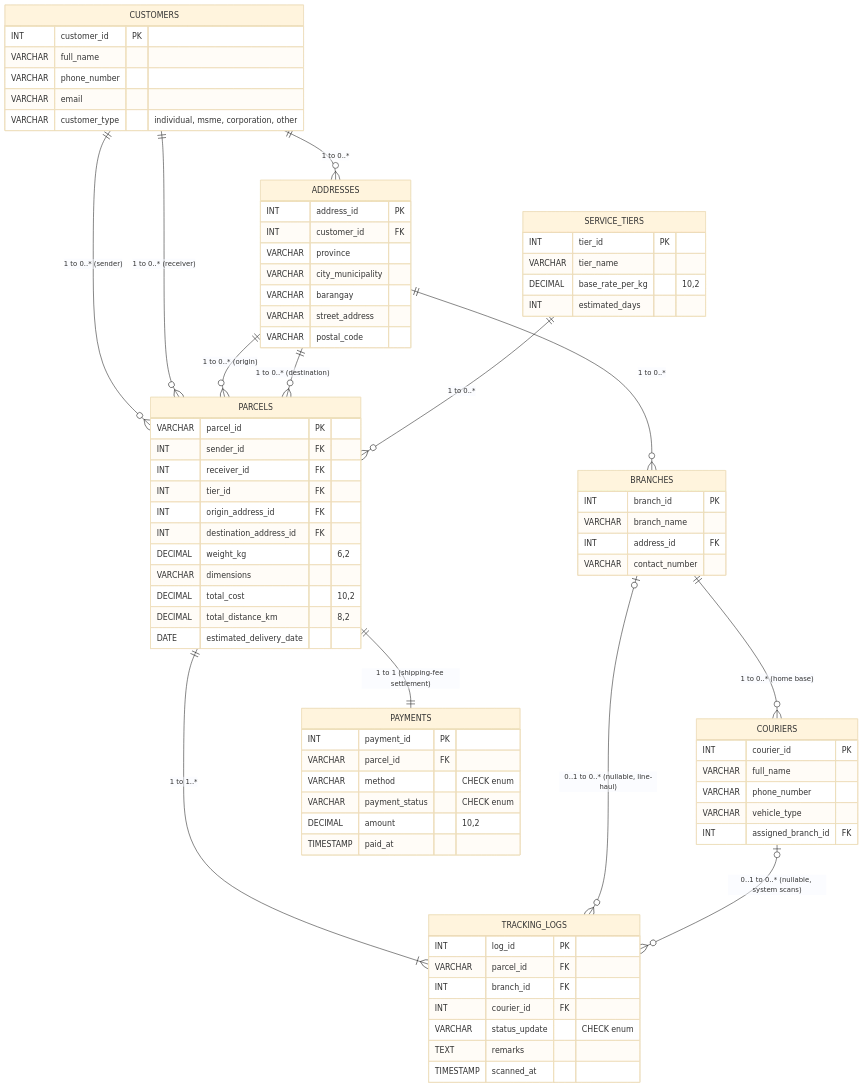
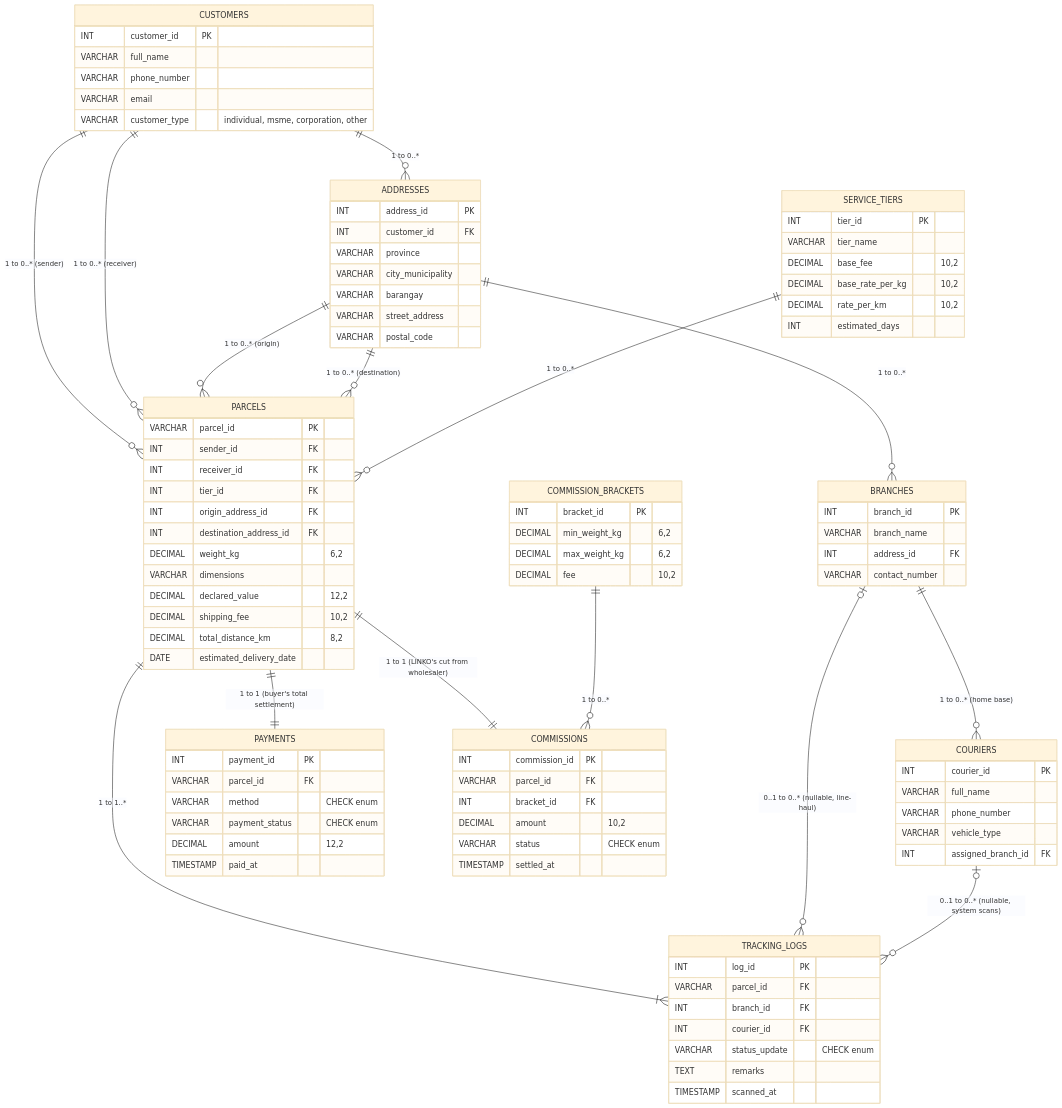
Before and after one commit to nateponds/LINKO: the diagram in docs/LINKO_ERD.md, drawn with Mermaid (base theme). The commit also changed other lines of this file, not shown here.

Commit message:
docs: update ERD

```diff
--- a/docs/LINKO_ERD.md
+++ b/docs/LINKO_ERD.md
@@ -6,7 +6,9 @@
     SERVICE_TIERS {
         INT tier_id PK
         VARCHAR tier_name
+        DECIMAL base_fee "10,2"
         DECIMAL base_rate_per_kg "10,2"
+        DECIMAL rate_per_km "10,2"
         INT estimated_days
     }
 
@@ -52,7 +54,8 @@
         INT destination_address_id FK
         DECIMAL weight_kg "6,2"
         VARCHAR dimensions
-        DECIMAL total_cost "10,2"
+        DECIMAL declared_value "12,2"
+        DECIMAL shipping_fee "10,2"
         DECIMAL total_distance_km "8,2"
         DATE estimated_delivery_date
     }
@@ -62,8 +65,24 @@
         VARCHAR parcel_id FK
         VARCHAR method "CHECK enum"
         VARCHAR payment_status "CHECK enum"
+        DECIMAL amount "12,2"
+        TIMESTAMP paid_at
+    }
+
+    COMMISSION_BRACKETS {
+        INT bracket_id PK
+        DECIMAL min_weight_kg "6,2"
+        DECIMAL max_weight_kg "6,2"
+        DECIMAL fee "10,2"
+    }
+
+    COMMISSIONS {
+        INT commission_id PK
+        VARCHAR parcel_id FK
+        INT bracket_id FK
         DECIMAL amount "10,2"
-        TIMESTAMP paid_at
+        VARCHAR status "CHECK enum"
+        TIMESTAMP settled_at
     }
 
     TRACKING_LOGS {
@@ -83,7 +102,9 @@
     ADDRESSES ||--o{ PARCELS : "1 to 0..* (destination)"
     ADDRESSES ||--o{ BRANCHES : "1 to 0..*"
     SERVICE_TIERS ||--o{ PARCELS : "1 to 0..*"
-    PARCELS ||--|| PAYMENTS : "1 to 1 (shipping-fee settlement)"
+    PARCELS ||--|| PAYMENTS : "1 to 1 (buyer's total settlement)"
+    PARCELS ||--|| COMMISSIONS : "1 to 1 (LINKO's cut from wholesaler)"
+    COMMISSION_BRACKETS ||--o{ COMMISSIONS : "1 to 0..*"
     PARCELS ||--|{ TRACKING_LOGS : "1 to 1..*"
     BRANCHES |o--o{ TRACKING_LOGS : "0..1 to 0..* (nullable, line-haul)"
     BRANCHES ||--o{ COURIERS : "1 to 0..* (home base)"
```
